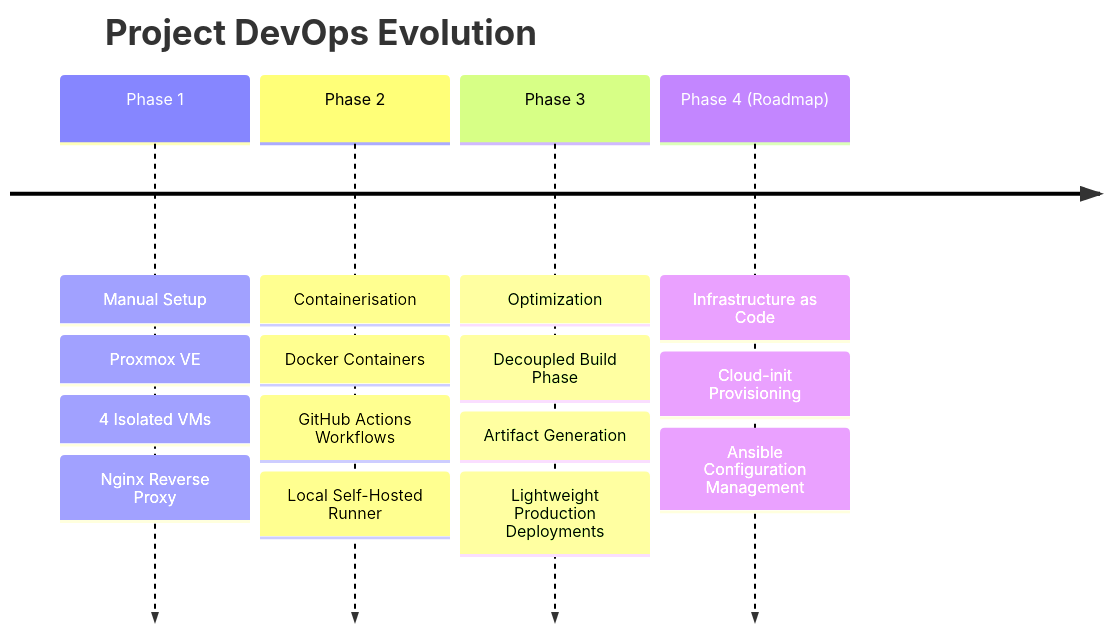
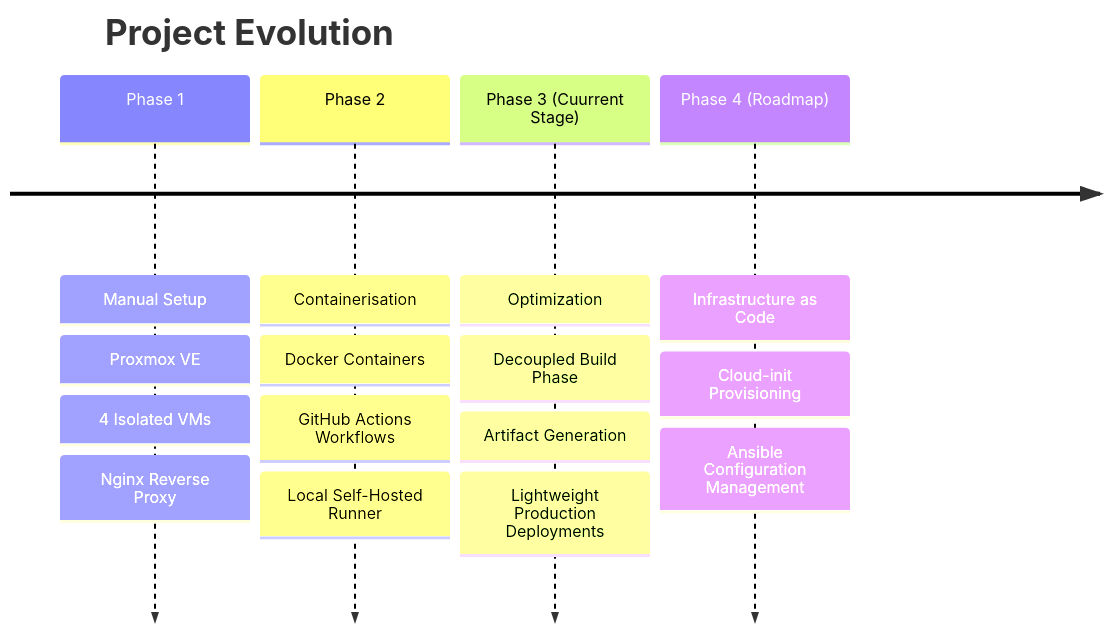
One commit to simcheckland-ship-it/SamplePhotoApp changed the diagram in README.md. Above: the diagram before and after it, drawn with Mermaid.

````diff
--- a/README.md
+++ b/README.md
@@ -20,8 +20,8 @@
 ```mermaid
 timeline
-    title Project DevOps Evolution
+    title Project Evolution
     Phase 1 : Manual Setup : Proxmox VE : 4 Isolated VMs : Nginx Reverse Proxy
     Phase 2 : Containerisation : Docker Containers : GitHub Actions Workflows : Local Self-Hosted Runner
-    Phase 3 : Optimization : Decoupled Build Phase : Artifact Generation : Lightweight Production Deployments
+    Phase 3 (Cuurrent Stage) : Optimization : Decoupled Build Phase : Artifact Generation : Lightweight Production Deployments
     Phase 4 (Roadmap) : Infrastructure as Code : Cloud-init Provisioning : Ansible Configuration Management
 ```
````
